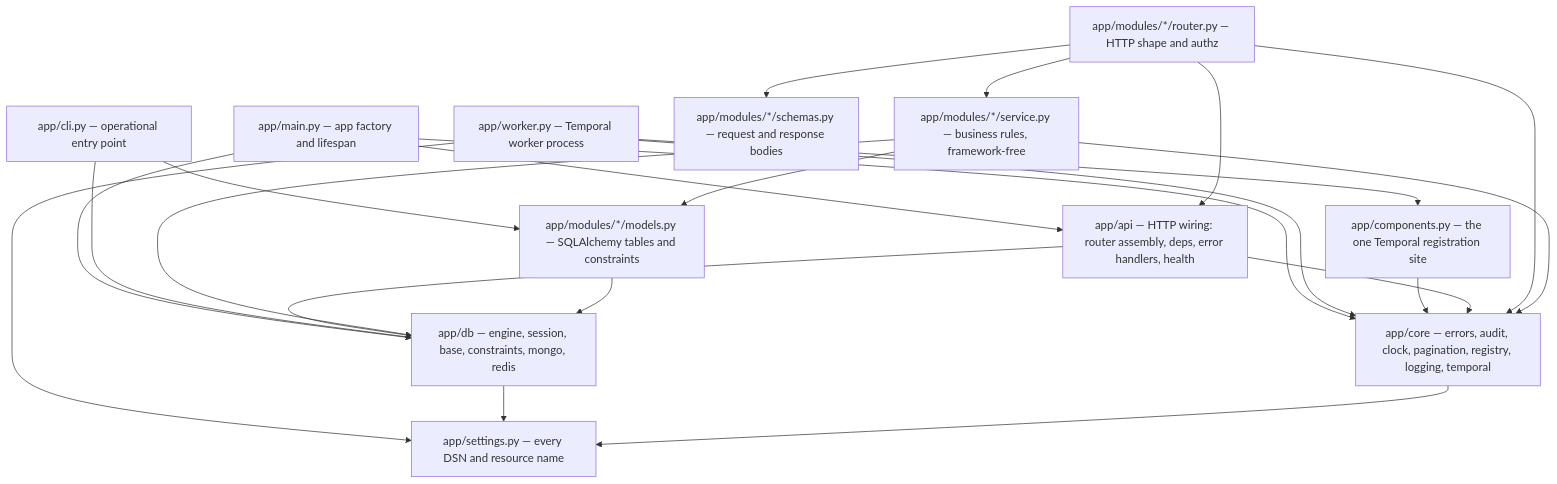
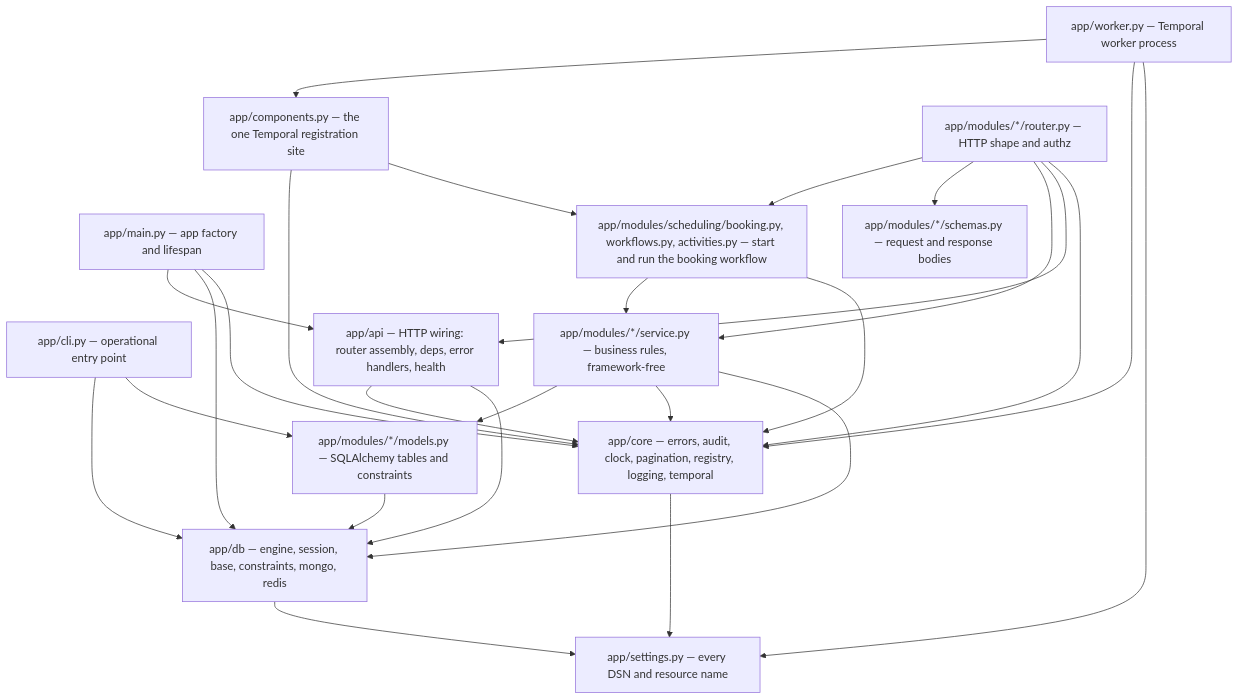
The first of 9 diagrams in docs/ARCHITECTURE.md (sadainiqrar/smarthealth), drawn with Mermaid before and after one commit. The commit also changed other lines of this file and 3 other files, not shown here.

````diff
--- a/docs/ARCHITECTURE.md
+++ b/docs/ARCHITECTURE.md
@@ -95,37 +102,42 @@
 ```mermaid
 flowchart TD
     main["app/main.py — app factory and lifespan"]
     cli["app/cli.py — operational entry point"]
     worker["app/worker.py — Temporal worker process"]
     components["app/components.py — the one Temporal registration site"]
     api["app/api — HTTP wiring: router assembly, deps, error handlers, health"]
     routers["app/modules/*/router.py — HTTP shape and authz"]
     schemas["app/modules/*/schemas.py — request and response bodies"]
     services["app/modules/*/service.py — business rules, framework-free"]
+    temporalmod["app/modules/scheduling/booking.py, workflows.py, activities.py — start and run the booking workflow"]
     models["app/modules/*/models.py — SQLAlchemy tables and constraints"]
     db["app/db — engine, session, base, constraints, mongo, redis"]
     core["app/core — errors, audit, clock, pagination, registry, logging, temporal"]
     settings["app/settings.py — every DSN and resource name"]
 
     main --> api
     main --> db
     main --> core
     cli --> db
     cli --> models
     worker --> components
     worker --> core
     worker --> settings
     components --> core
+    components --> temporalmod
+    routers --> temporalmod
+    temporalmod --> services
+    temporalmod --> core
     api --> core
     api --> db
     routers --> schemas
     routers --> services
     routers --> api
     routers --> core
     services --> models
     services --> core
     services --> db
     models --> db
     db --> settings
     core --> settings
 ```
````
